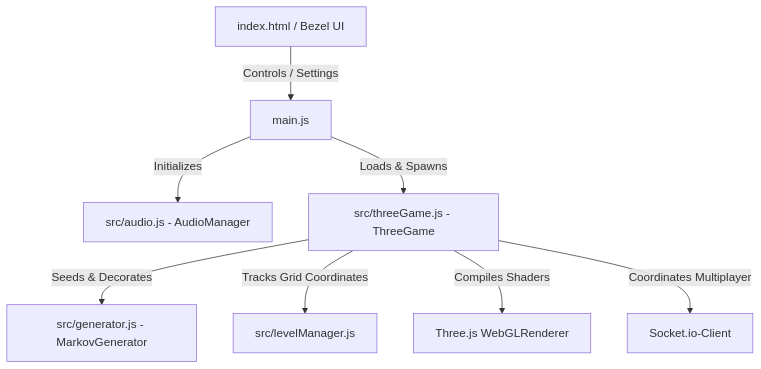
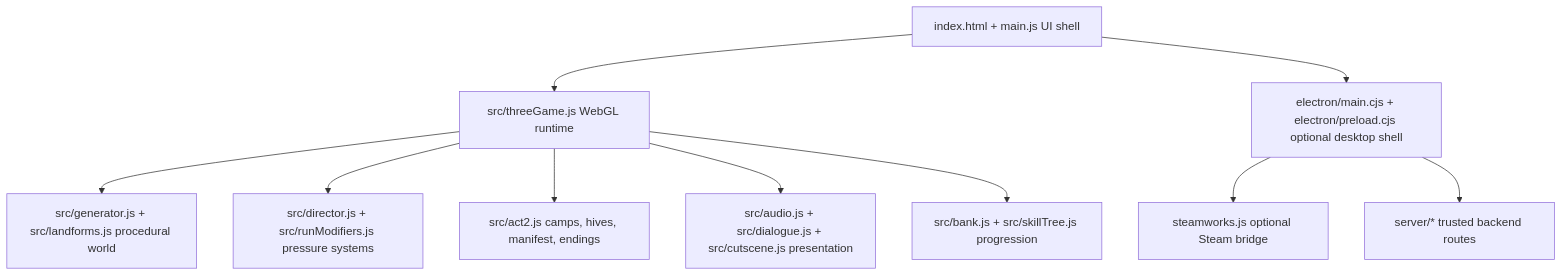
Before and after one commit to grounded-play/hunker-bunker: the diagram in README.md, drawn with Mermaid. The commit also changed other lines of this file and 15 other files, not shown here.

````diff
--- a/README.md
+++ b/README.md
@@ -100,10 +135,12 @@
 ```mermaid
 graph TD
-    A[index.html / Bezel UI] -->|Controls / Settings| B[main.js]
-    B -->|Initializes| C[src/audio.js - AudioManager]
-    B -->|Loads & Spawns| D[src/threeGame.js - ThreeGame]
-    D -->|Seeds & Decorates| E[src/generator.js - MarkovGenerator]
-    D -->|Tracks Grid Coordinates| F[src/levelManager.js]
-    D -->|Compiles Shaders| G[Three.js WebGLRenderer]
-    D -->|Coordinates Multiplayer| H[Socket.io-Client]
+    A[index.html + main.js UI shell] --> B[src/threeGame.js WebGL runtime]
+    B --> C[src/generator.js + src/landforms.js procedural world]
+    B --> D[src/director.js + src/runModifiers.js pressure systems]
+    B --> E[src/act2.js camps, hives, manifest, endings]
+    B --> F[src/audio.js + src/dialogue.js + src/cutscene.js presentation]
+    B --> G[src/bank.js + src/skillTree.js progression]
+    A --> H[electron/main.cjs + electron/preload.cjs optional desktop shell]
+    H --> I[steamworks.js optional Steam bridge]
+    H --> J[server/* trusted backend routes]
 ```
````
